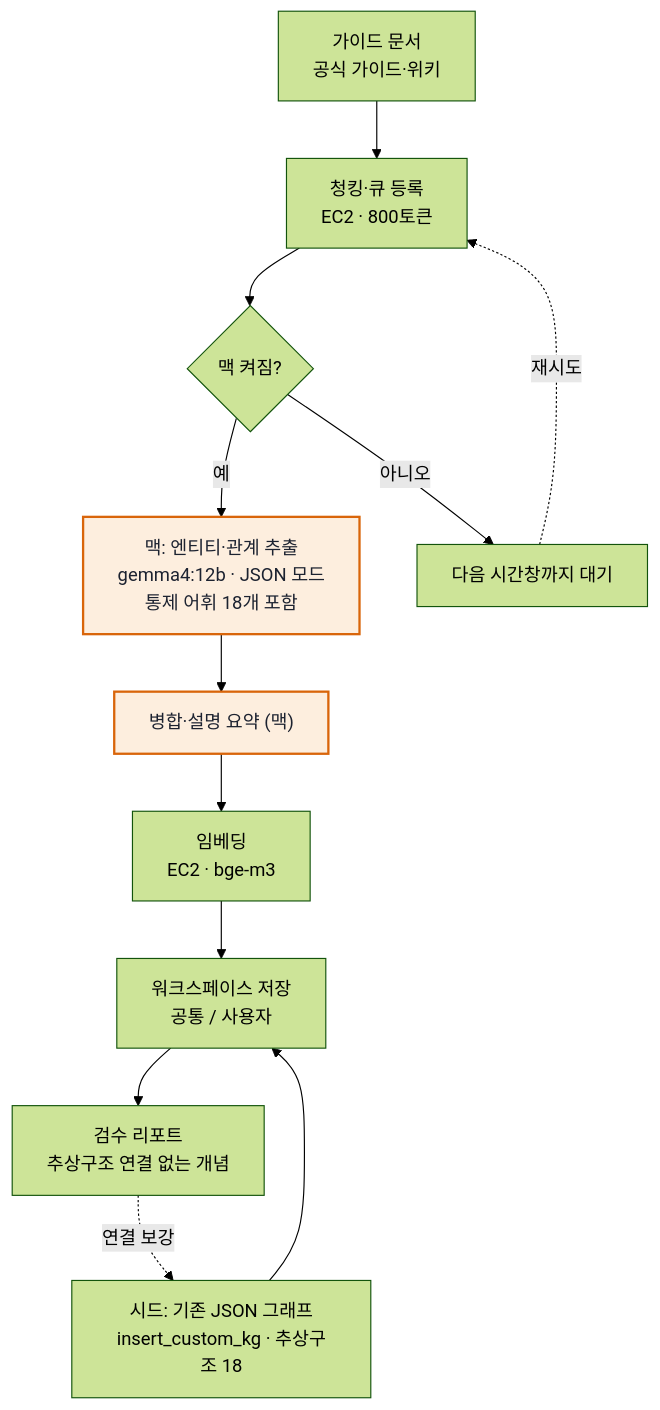
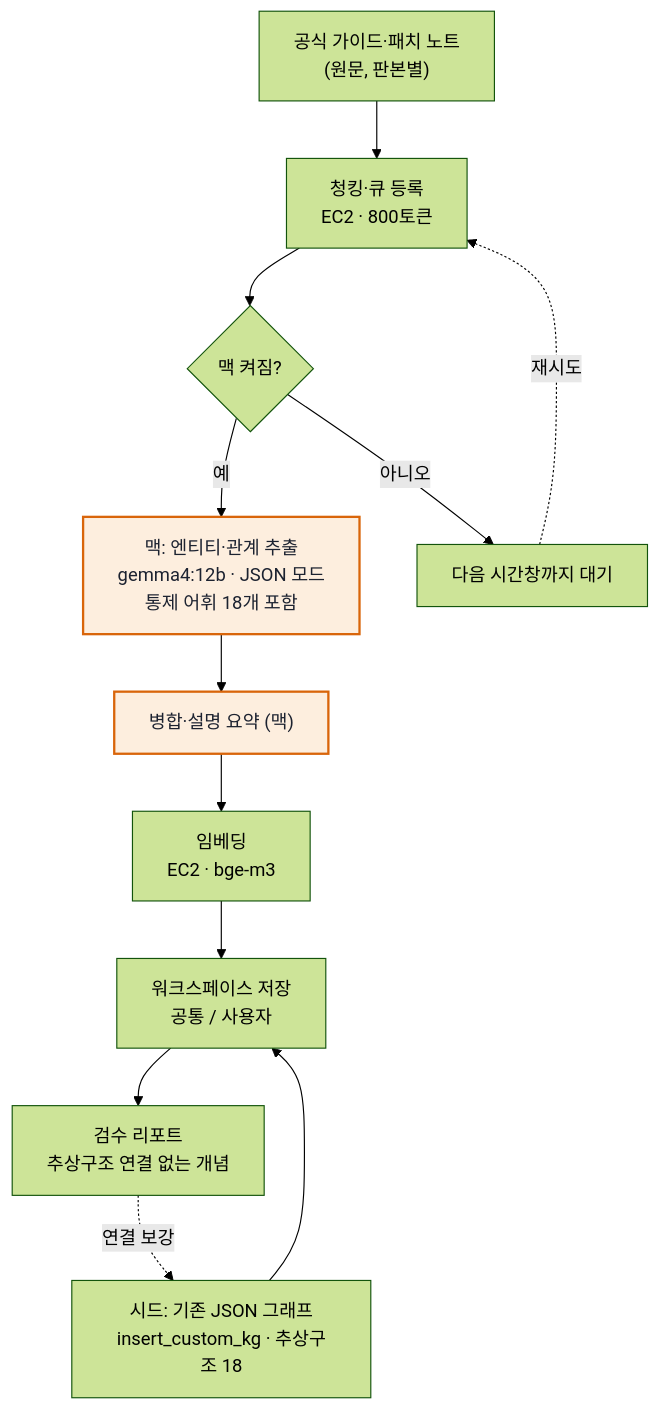
The third of 5 diagrams in docs/architecture-lightrag.md (roasted-penguin/good-metaphor), drawn with Mermaid (forest theme) before and after one commit. The commit also changed other lines of this file and 5 other files, not shown here.

````diff
--- a/docs/architecture-lightrag.md
+++ b/docs/architecture-lightrag.md
@@ -115,12 +115,12 @@
 ```mermaid
 flowchart TB
-  docs["가이드 문서<br/>공식 가이드·위키"] --> chunk["청킹·큐 등록<br/>EC2 · 800토큰"] --> q{"맥 켜짐?"}
+  docs["공식 가이드·패치 노트<br/>(원문, 판본별)"] --> chunk["청킹·큐 등록<br/>EC2 · 800토큰"] --> q{"맥 켜짐?"}
   q -->|예| ext["맥: 엔티티·관계 추출<br/>gemma4:12b · JSON 모드<br/>통제 어휘 18개 포함"]
   q -->|아니오| wait["다음 시간창까지 대기"] -. 재시도 .-> chunk
   ext --> merge["병합·설명 요약 (맥)"] --> emb["임베딩<br/>EC2 · bge-m3"] --> store["워크스페이스 저장<br/>공통 / 사용자"] --> review["검수 리포트<br/>추상구조 연결 없는 개념"]
   seed["시드: 기존 JSON 그래프<br/>insert_custom_kg · 추상구조 18"] --> store
   review -. 연결 보강 .-> seed
 
   classDef local fill:#fdeede,stroke:#d9650a,stroke-width:2px,color:#1c2230
   class ext,merge local
 ```
````
